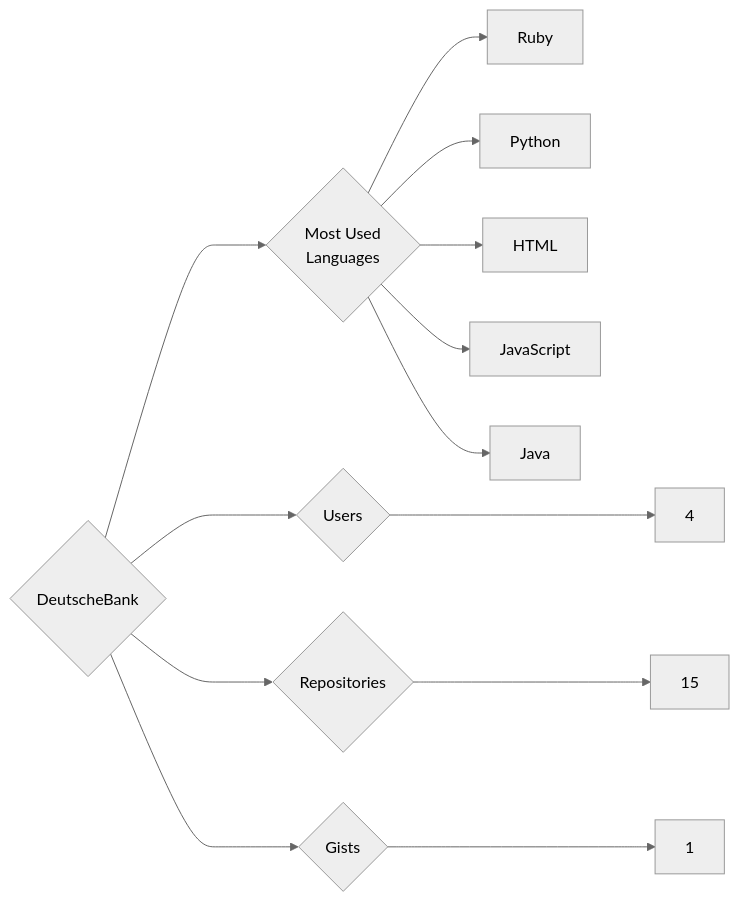
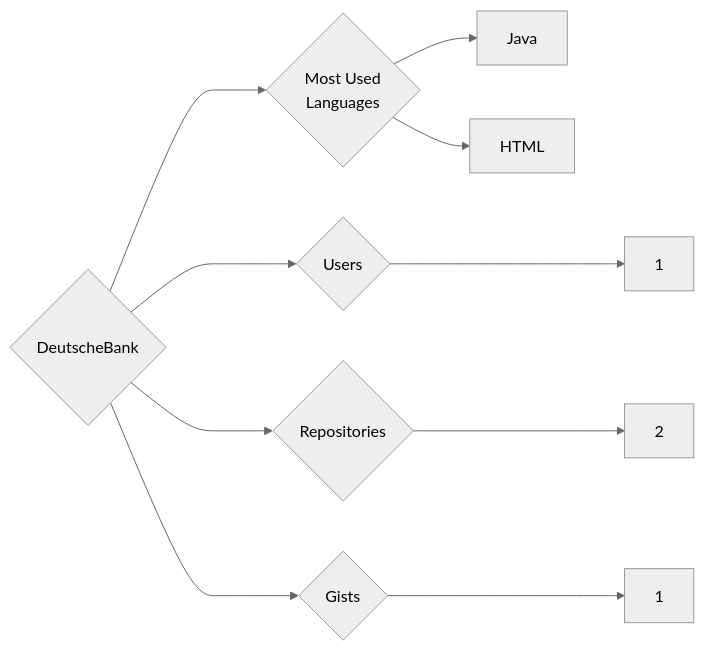
Before and after one commit to trickest/insiders: the diagram in targets/DeutscheBank/README.md, drawn with Mermaid (neutral theme). The commit also changed 1212 other files, not shown here.

````diff
--- a/targets/DeutscheBank/README.md
+++ b/targets/DeutscheBank/README.md
@@ -3,13 +3,10 @@
 ```mermaid
 graph LR
 COMPANY_NAME{DeutscheBank}
-COMPANY_NAME ---> U{Users} ---> UN[4]
-COMPANY_NAME ---> R{Repositories} ---> RN[15]
+COMPANY_NAME ---> U{Users} ---> UN[1]
+COMPANY_NAME ---> R{Repositories} ---> RN[2]
 COMPANY_NAME ---> G{Gists} ---> GN[1]
 COMPANY_NAME ---> ML{Most Used<br>Languages}
-ML --> Ruby[Ruby]
-ML --> Python[Python]
+ML --> Java[Java]
 ML --> HTML[HTML]
-ML --> JavaScript[JavaScript]
-ML --> Java[Java]
 ```
````
